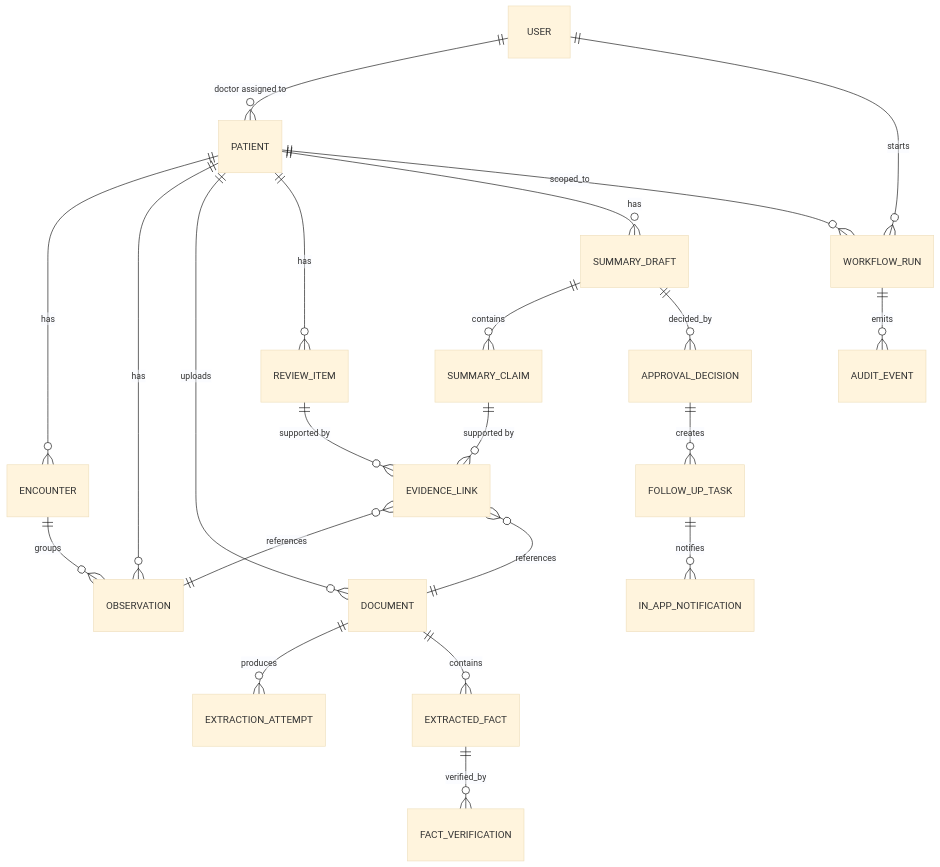
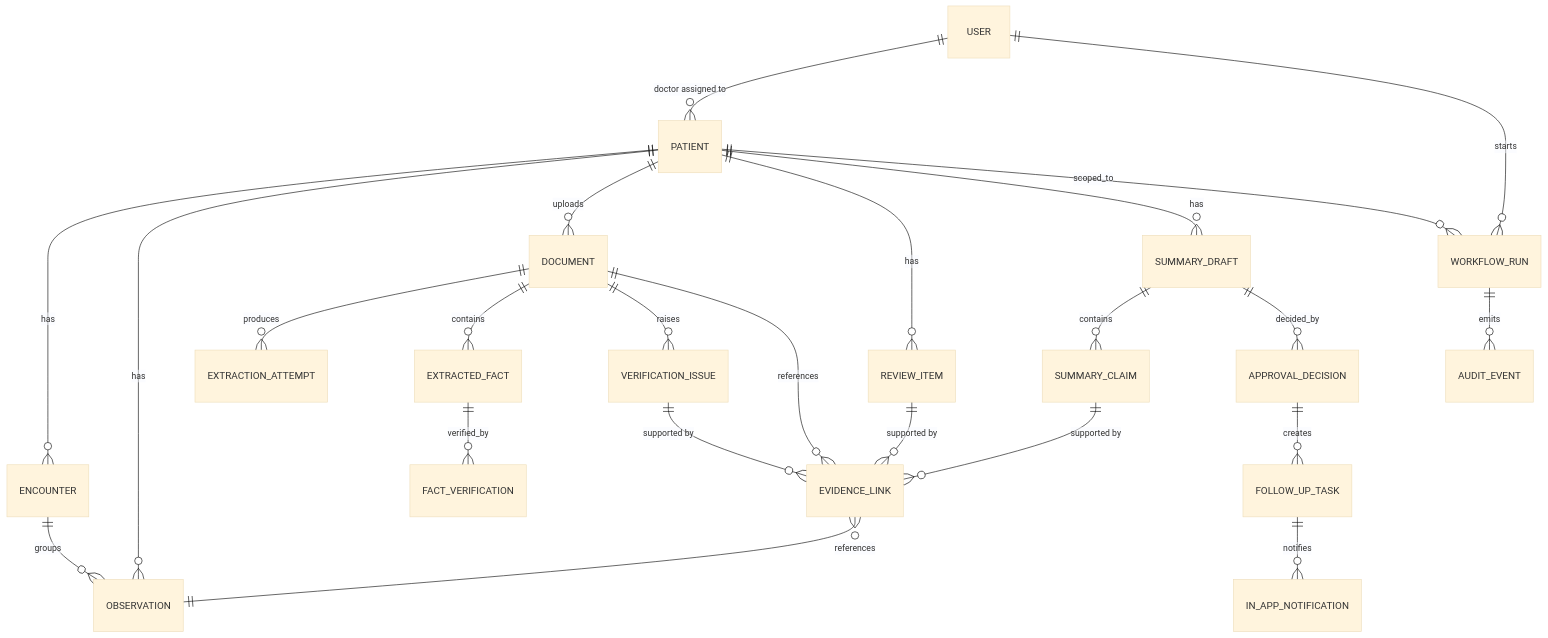
Before and after one commit to Muhammed-Fathi/AI-Doctor-FollowUp-Agent: the diagram in docs/contracts/DATA_DICTIONARY.md, drawn with Mermaid (base theme). The commit also changed other lines of this file and 21 other files, not shown here.

````diff
--- a/docs/contracts/DATA_DICTIONARY.md
+++ b/docs/contracts/DATA_DICTIONARY.md
@@ -23,24 +24,26 @@
 ```mermaid
 erDiagram
     USER ||--o{ PATIENT : "doctor assigned to"
     PATIENT ||--o{ ENCOUNTER : has
     PATIENT ||--o{ OBSERVATION : has
     PATIENT ||--o{ DOCUMENT : uploads
     ENCOUNTER ||--o{ OBSERVATION : groups
     DOCUMENT ||--o{ EXTRACTION_ATTEMPT : produces
     DOCUMENT ||--o{ EXTRACTED_FACT : contains
     EXTRACTED_FACT ||--o{ FACT_VERIFICATION : verified_by
     PATIENT ||--o{ REVIEW_ITEM : has
+    DOCUMENT ||--o{ VERIFICATION_ISSUE : "raises"
     REVIEW_ITEM ||--o{ EVIDENCE_LINK : "supported by"
+    VERIFICATION_ISSUE ||--o{ EVIDENCE_LINK : "supported by"
     PATIENT ||--o{ SUMMARY_DRAFT : has
     SUMMARY_DRAFT ||--o{ SUMMARY_CLAIM : contains
     SUMMARY_CLAIM ||--o{ EVIDENCE_LINK : "supported by"
     EVIDENCE_LINK }o--|| OBSERVATION : references
     EVIDENCE_LINK }o--|| DOCUMENT : references
     SUMMARY_DRAFT ||--o{ APPROVAL_DECISION : decided_by
     APPROVAL_DECISION ||--o{ FOLLOW_UP_TASK : creates
     FOLLOW_UP_TASK ||--o{ IN_APP_NOTIFICATION : notifies
     USER ||--o{ WORKFLOW_RUN : starts
     WORKFLOW_RUN ||--o{ AUDIT_EVENT : emits
     PATIENT ||--o{ WORKFLOW_RUN : scoped_to
 ```
````
